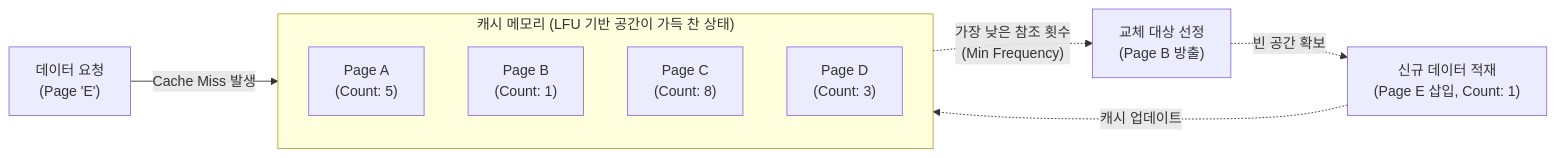
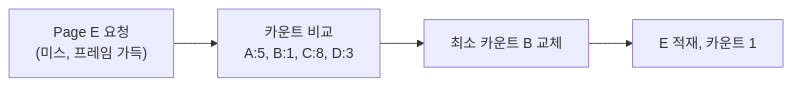
Before and after one commit to supremethumb/supremethumb.github.io: the diagram in content/01_IT Tech/LFU.md, drawn with Mermaid. The commit also changed other lines of this file and 1087 other files, not shown here.

````diff
--- a/content/01_IT Tech/LFU.md
+++ b/content/01_IT Tech/LFU.md
@@ -23,21 +35,6 @@
 ```mermaid
 flowchart LR
-    REQ["데이터 요청<br/>(Page 'E')"]
-    
-    subgraph Cache_Memory["캐시 메모리 (LFU 기반 공간이 가득 찬 상태)"]
-        direction TB
-        A["Page A<br/>(Count: 5)"]
-        B["Page B<br/>(Count: 1)"]
-        C["Page C<br/>(Count: 8)"]
-        D["Page D<br/>(Count: 3)"]
-    end
-    
-    EVICT["교체 대상 선정<br/>(Page B 방출)"]
-    NEW["신규 데이터 적재<br/>(Page E 삽입, Count: 1)"]
-    
-    REQ -->|"Cache Miss 발생"| Cache_Memory
-    B -. "가장 낮은 참조 횟수<br/>(Min Frequency)" .-> EVICT
-    EVICT -. "빈 공간 확보" .-> NEW
-    NEW -. "캐시 업데이트" .-> Cache_Memory
-
+    REQ["Page E 요청<br/>(미스, 프레임 가득)"] --> CMP["카운트 비교<br/>A:5, B:1, C:8, D:3"]
+    CMP --> EV["최소 카운트 B 교체"]
+    EV --> IN["E 적재, 카운트 1"]
 ```
````
